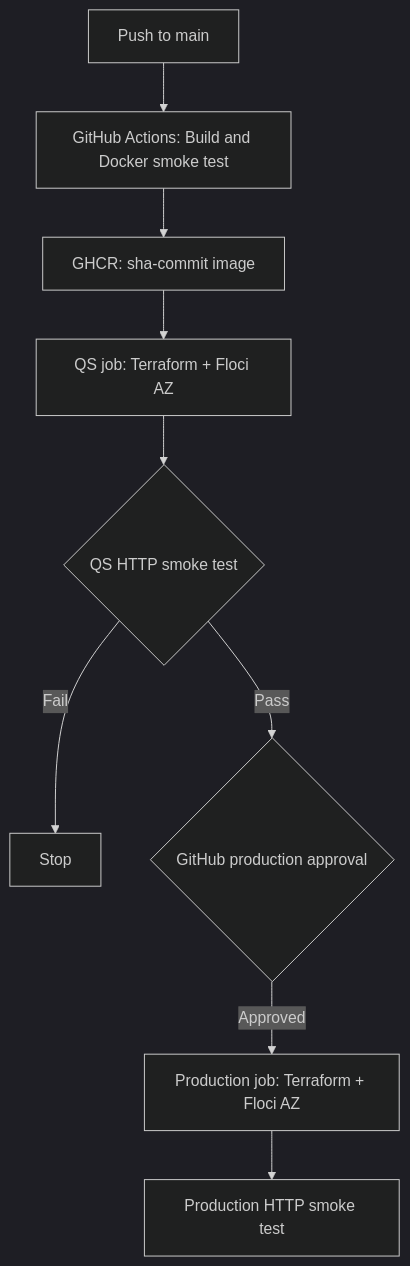
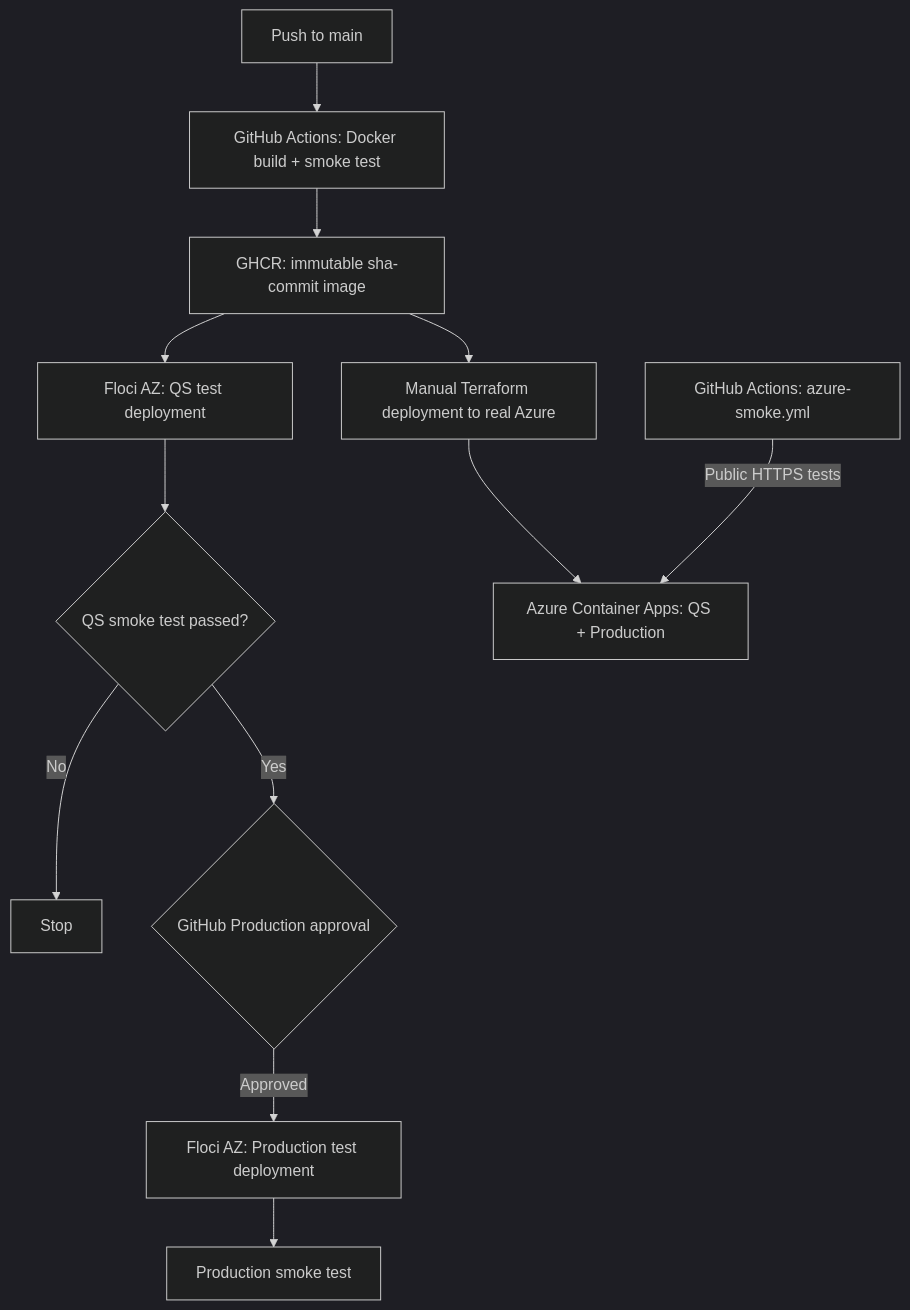
The diagram in README.md (emacs45/azure-containerized-webapp), drawn with Mermaid (dark theme) before and after one commit. The commit also changed other lines of this file, not shown here.

Commit message:
docs: document real Azure Container Apps deployment and smoke tests

````diff
--- a/README.md
+++ b/README.md
@@ -11,11 +26,16 @@
 ```mermaid
 flowchart TD
-    A[Push to main] --> B[GitHub Actions: Build and Docker smoke test]
-    B --> C[GHCR: sha-commit image]
-    C --> D[QS job: Terraform + Floci AZ]
-    D --> E{QS HTTP smoke test}
-    E -->|Fail| F[Stop]
-    E -->|Pass| G{GitHub production approval}
-    G -->|Approved| H[Production job: Terraform + Floci AZ]
-    H --> I[Production HTTP smoke test]
+    A["Push to main"] --> B["GitHub Actions: Docker build + smoke test"]
+    B --> C["GHCR: immutable sha-commit image"]
+
+    C --> D["Floci AZ: QS test deployment"]
+    D --> E{"QS smoke test passed?"}
+    E -->|No| F["Stop"]
+    E -->|Yes| G{"GitHub Production approval"}
+    G -->|Approved| H["Floci AZ: Production test deployment"]
+    H --> I["Production smoke test"]
+
+    C --> J["Manual Terraform deployment to real Azure"]
+    J --> K["Azure Container Apps: QS + Production"]
+    L["GitHub Actions: azure-smoke.yml"] -->|"Public HTTPS tests"| K
 ```
````
